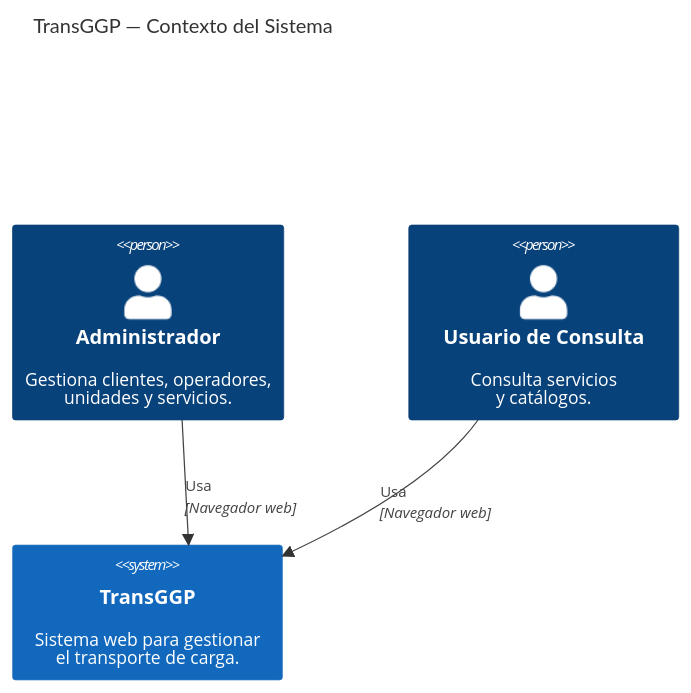
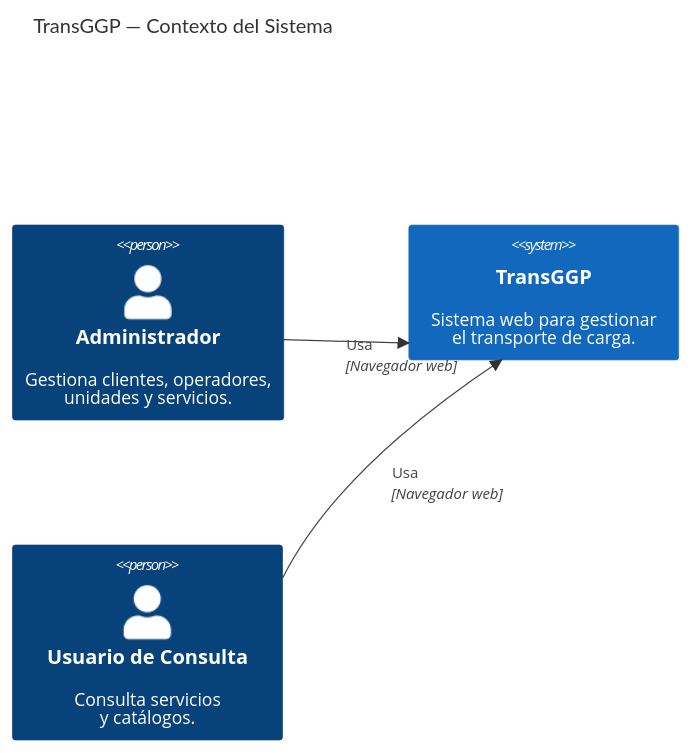
One commit to bylev/Proyecto-ArquitecturaSW changed the diagram in docs/Diagramas.md. Above: the diagram before and after it, drawn with Mermaid.

Commit message:
docs: Añadir diagramas

````diff
--- a/docs/Diagramas.md
+++ b/docs/Diagramas.md
@@ -9,15 +9,15 @@
 ```mermaid
 C4Context
     title TransGGP — Contexto del Sistema
 
     %% Definición de Personas en la parte superior
     Person(admin, "Administrador", "Gestiona clientes, operadores,<br/>unidades y servicios.")
-    Person(consulta, "Usuario de Consulta", "Consulta servicios<br/>y catálogos.")
-    
     %% Sistema principal abajo
     System(transggp, "TransGGP", "Sistema web para gestionar<br/>el transporte de carga.")
+
+    Person(consulta, "Usuario de Consulta", "Consulta servicios<br/>y catálogos.")
 
     %% Relaciones apuntando hacia abajo (Rel_D = Down) para forzar un diseño vertical limpio
     Rel_D(admin, transggp, "Usa", "Navegador web")
     Rel_D(consulta, transggp, "Usa", "Navegador web")
 ```
````
